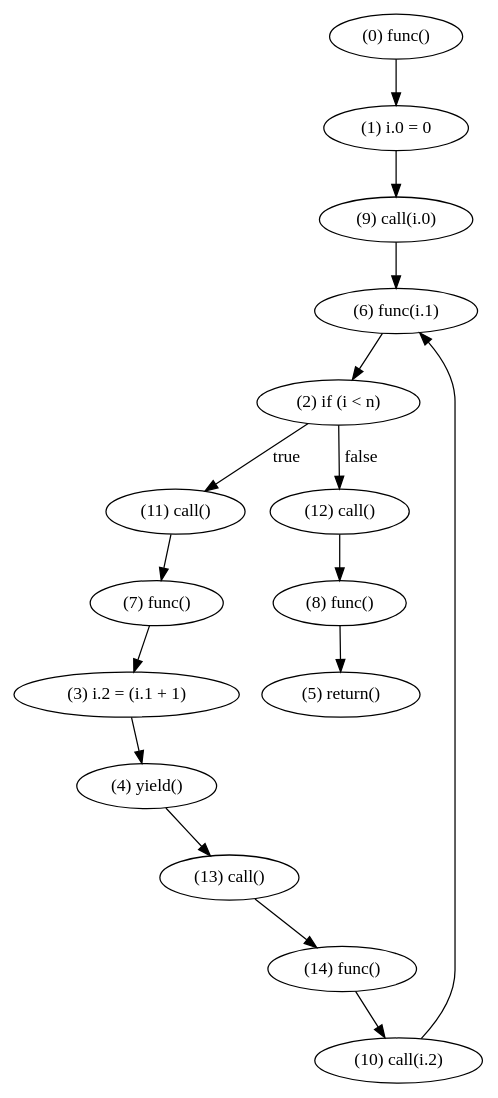
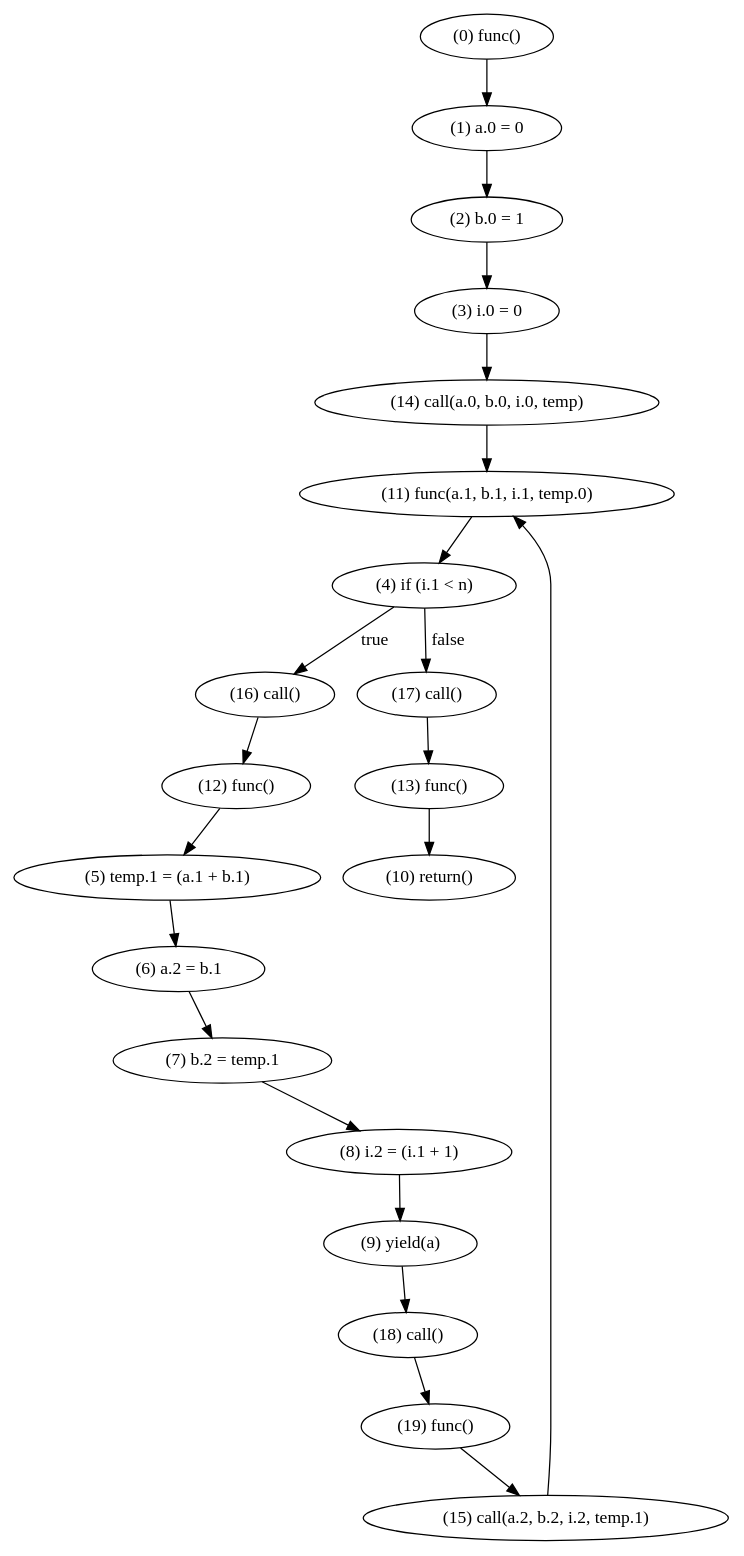
The diagram in crates/passes/lower_to_fsm.dot (WorldofKerry/ToHDL), drawn with Graphviz before and after one commit. The commit also changed 10 other files, not shown here.

```diff
--- a/crates/passes/lower_to_fsm.dot
+++ b/crates/passes/lower_to_fsm.dot
@@ -1,32 +1,42 @@
 digraph {
     0 [ label = "(0) func()" ]
-    1 [ label = "(1) i.0 = 0" ]
-    2 [ label = "(2) if (i < n)" ]
-    3 [ label = "(3) i.2 = (i.1 + 1)" ]
-    4 [ label = "(4) yield()" ]
-    5 [ label = "(5) return()" ]
-    6 [ label = "(6) func(i.1)" ]
-    7 [ label = "(7) func()" ]
-    8 [ label = "(8) func()" ]
-    9 [ label = "(9) call(i.0)" ]
-    10 [ label = "(10) call(i.2)" ]
-    11 [ label = "(11) call()" ]
-    12 [ label = "(12) call()" ]
-    13 [ label = "(13) call()" ]
-    14 [ label = "(14) func()" ]
+    1 [ label = "(1) a.0 = 0" ]
+    2 [ label = "(2) b.0 = 1" ]
+    3 [ label = "(3) i.0 = 0" ]
+    4 [ label = "(4) if (i.1 < n)" ]
+    5 [ label = "(5) temp.1 = (a.1 + b.1)" ]
+    6 [ label = "(6) a.2 = b.1" ]
+    7 [ label = "(7) b.2 = temp.1" ]
+    8 [ label = "(8) i.2 = (i.1 + 1)" ]
+    9 [ label = "(9) yield(a)" ]
+    10 [ label = "(10) return()" ]
+    11 [ label = "(11) func(a.1, b.1, i.1, temp.0)" ]
+    12 [ label = "(12) func()" ]
+    13 [ label = "(13) func()" ]
+    14 [ label = "(14) call(a.0, b.0, i.0, temp)" ]
+    15 [ label = "(15) call(a.2, b.2, i.2, temp.1)" ]
+    16 [ label = "(16) call()" ]
+    17 [ label = "(17) call()" ]
+    18 [ label = "(18) call()" ]
+    19 [ label = "(19) func()" ]
     0 -> 1 [ label = "" ]
-    1 -> 9 [ label = "" ]
-    2 -> 12 [ label = "false" ]
-    2 -> 11 [ label = "true" ]
-    3 -> 4 [ label = "" ]
-    4 -> 13 [ label = "" ]
-    6 -> 2 [ label = "" ]
-    7 -> 3 [ label = "" ]
-    8 -> 5 [ label = "" ]
-    9 -> 6 [ label = "" ]
-    10 -> 6 [ label = "" ]
-    11 -> 7 [ label = "" ]
-    12 -> 8 [ label = "" ]
-    13 -> 14 [ label = "" ]
-    14 -> 10 [ label = "" ]
+    1 -> 2 [ label = "" ]
+    2 -> 3 [ label = "" ]
+    3 -> 14 [ label = "" ]
+    4 -> 17 [ label = "false" ]
+    4 -> 16 [ label = "true" ]
+    5 -> 6 [ label = "" ]
+    6 -> 7 [ label = "" ]
+    7 -> 8 [ label = "" ]
+    8 -> 9 [ label = "" ]
+    9 -> 18 [ label = "" ]
+    11 -> 4 [ label = "" ]
+    12 -> 5 [ label = "" ]
+    13 -> 10 [ label = "" ]
+    14 -> 11 [ label = "" ]
+    15 -> 11 [ label = "" ]
+    16 -> 12 [ label = "" ]
+    17 -> 13 [ label = "" ]
+    18 -> 19 [ label = "" ]
+    19 -> 15 [ label = "" ]
 }
```
